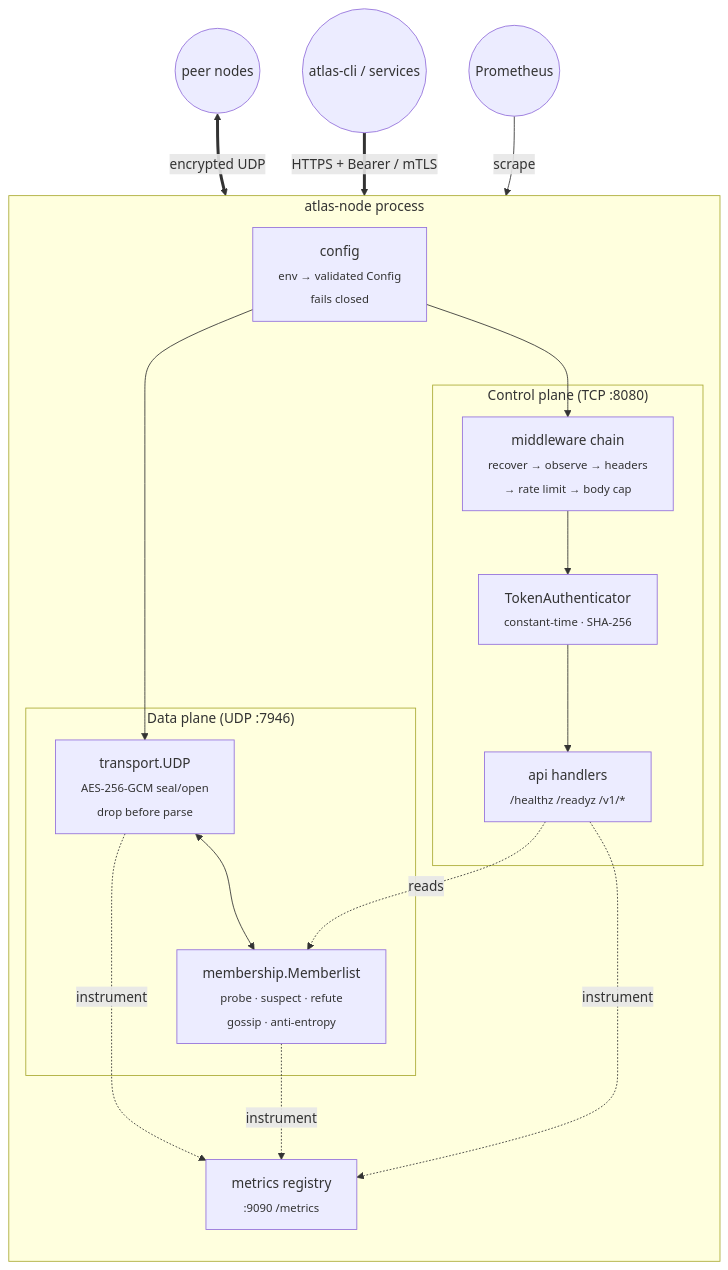
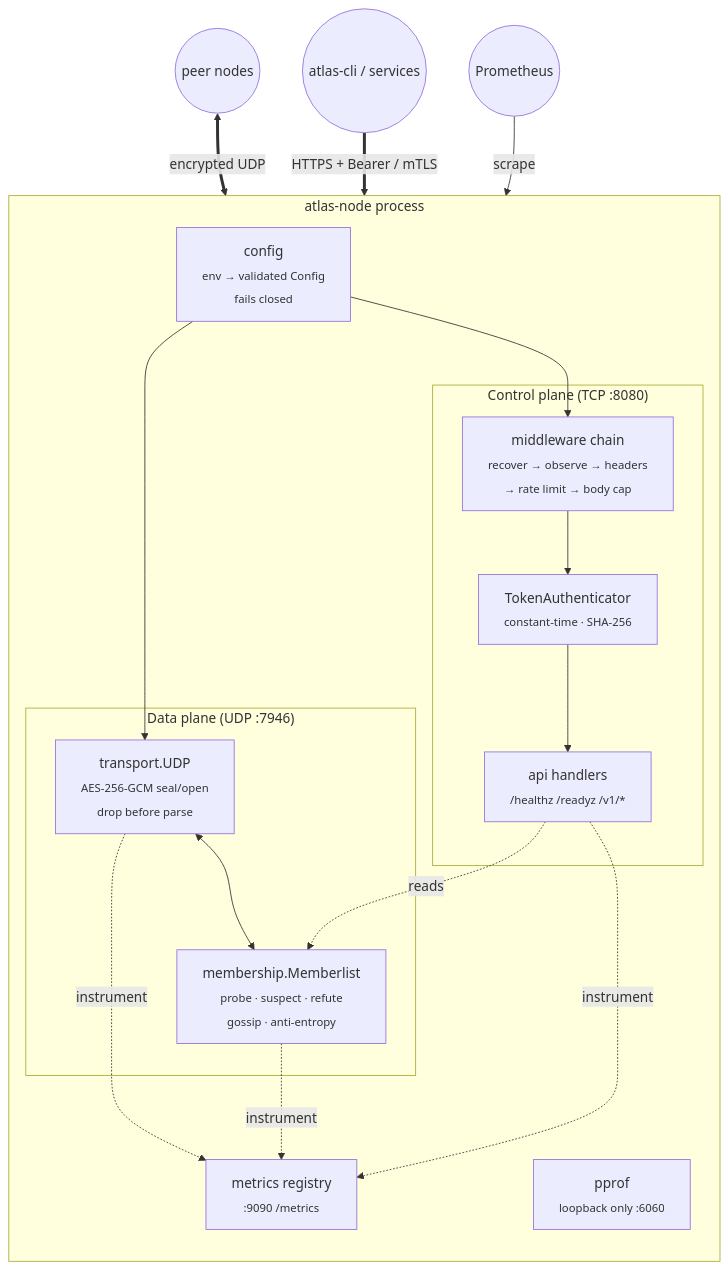
Before and after one commit to manziosee/atlas: the first of 4 diagrams in docs/ARCHITECTURE.md, drawn with Mermaid. The commit also changed other lines of this file and 73 other files, not shown here.

First line of the commit message:
feat: implement Atlas roadmap foundations (#4)

````diff
--- a/docs/ARCHITECTURE.md
+++ b/docs/ARCHITECTURE.md
@@ -10,25 +10,26 @@
 ```mermaid
 flowchart TB
   subgraph node["atlas-node process"]
     direction TB
     cfg["config<br/><sub>env → validated Config<br/>fails closed</sub>"]
     subgraph data["Data plane (UDP :7946)"]
       tr["transport.UDP<br/><sub>AES-256-GCM seal/open<br/>drop before parse</sub>"]
       ml["membership.Memberlist<br/><sub>probe · suspect · refute<br/>gossip · anti-entropy</sub>"]
     end
     subgraph control["Control plane (TCP :8080)"]
       mw["middleware chain<br/><sub>recover → observe → headers<br/>→ rate limit → body cap</sub>"]
       auth["TokenAuthenticator<br/><sub>constant-time · SHA-256</sub>"]
       api["api handlers<br/><sub>/healthz /readyz /v1/*</sub>"]
     end
     met["metrics registry<br/><sub>:9090 /metrics</sub>"]
+    prof["pprof<br/><sub>loopback only :6060</sub>"]
     cfg --> tr & mw
     tr <--> ml
     mw --> auth --> api
     api -. reads .-> ml
     tr & ml & api -. instrument .-> met
   end
   peers(("peer nodes")) <== "encrypted UDP" ==> tr
   clients(("atlas-cli / services")) == "HTTPS + Bearer / mTLS" ==> mw
   prom(("Prometheus")) -- scrape --> met
 ```
````
